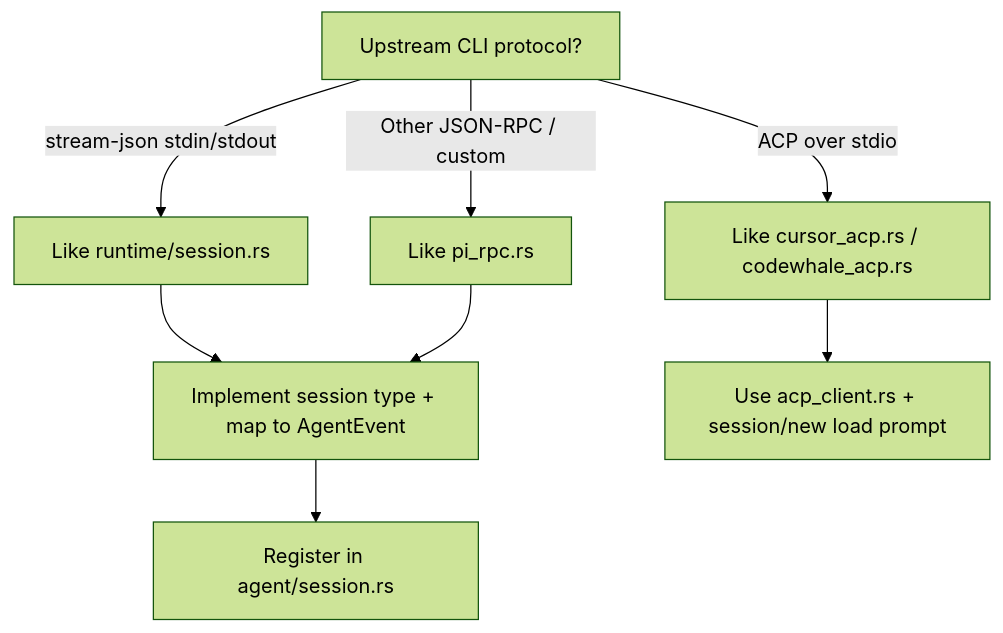
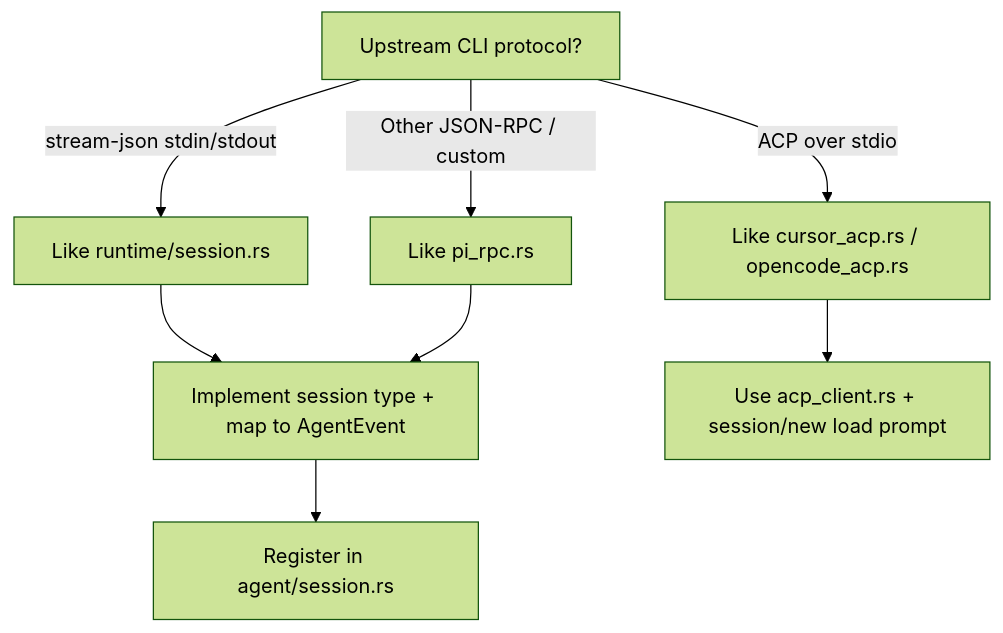
One commit to caixy-plus/cc-gateway changed the first of 2 diagrams in CLAUDE.md. Above: the diagram before and after it, drawn with Mermaid (forest theme). The commit also changed other lines of this file and 31 other files, not shown here.

````diff
--- a/CLAUDE.md
+++ b/CLAUDE.md
@@ -263,11 +262,11 @@
 ```mermaid
 flowchart TD
   Q[Upstream CLI protocol?]
   Q -->|stream-json stdin/stdout| ClaudePath[Like runtime/session.rs]
-  Q -->|ACP over stdio| AcpPath[Like cursor_acp.rs / codewhale_acp.rs]
+  Q -->|ACP over stdio| AcpPath[Like cursor_acp.rs / opencode_acp.rs]
   Q -->|Other JSON-RPC / custom| CustomPath[Like pi_rpc.rs]
   ClaudePath --> Session[Implement session type + map to AgentEvent]
   AcpPath --> AcpClient[Use acp_client.rs + session/new load prompt]
   CustomPath --> Session
   Session --> AgentRuntime[Register in agent/session.rs]
 ```
````
